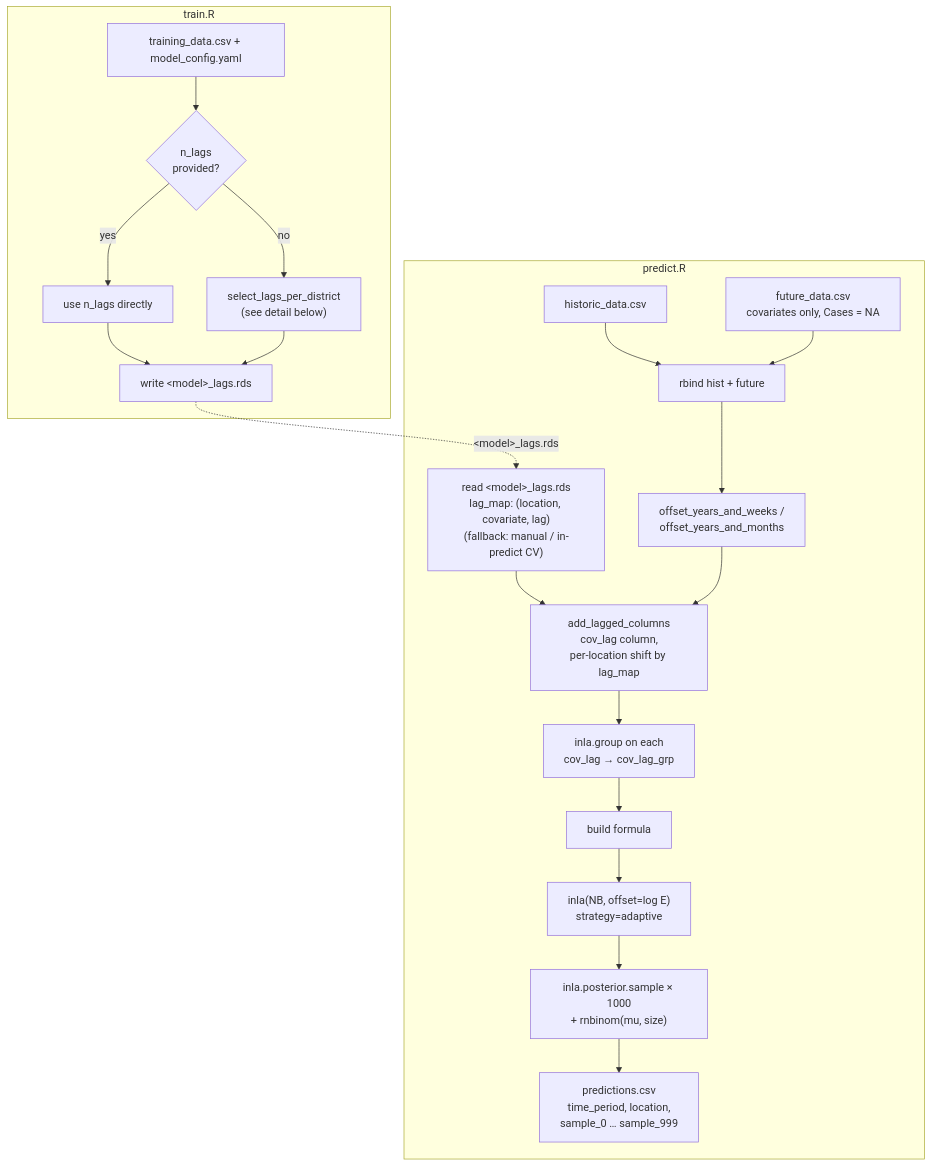
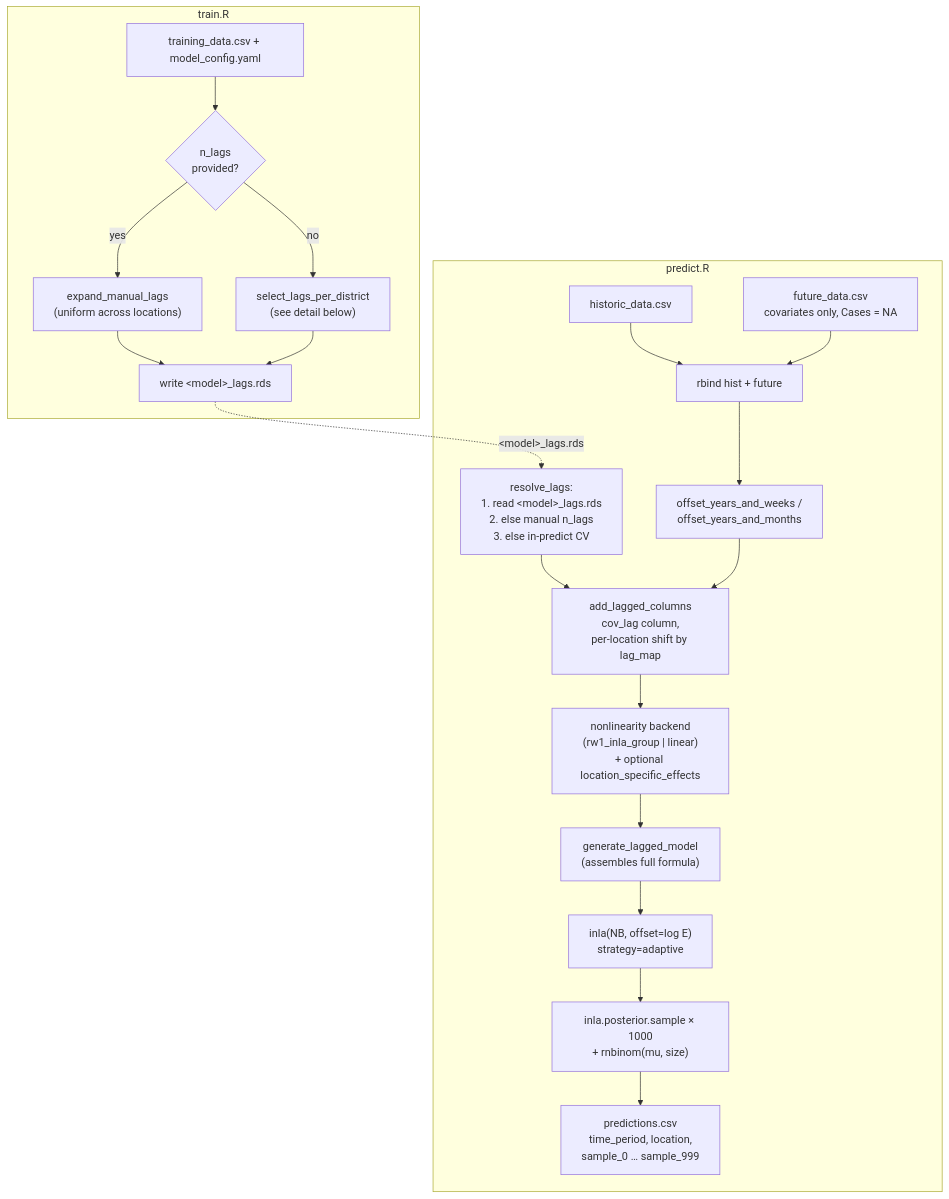
One commit to chap-models/ewars_plus_template changed the first of 2 diagrams in model_pipeline.md. Above: the diagram before and after it, drawn with Mermaid. The commit also changed other lines of this file and 2 other files, not shown here.

First line of the commit message:
docs: align README, MLproject, and model_pipeline.md with current model

````diff
--- a/model_pipeline.md
+++ b/model_pipeline.md
@@ -5,28 +5,28 @@
 ```mermaid
 flowchart TD
     subgraph TRAIN["train.R"]
         T_IN["training_data.csv + model_config.yaml"] --> T_RESOLVE{"n_lags<br/>provided?"}
-        T_RESOLVE -- "yes" --> T_MANUAL["use n_lags directly"]
+        T_RESOLVE -- "yes" --> T_MANUAL["expand_manual_lags<br/>(uniform across locations)"]
         T_RESOLVE -- "no" --> T_CV["select_lags_per_district<br/>(see detail below)"]
         T_MANUAL --> T_WRITE["write &lt;model&gt;_lags.rds"]
         T_CV --> T_WRITE
     end
 
     subgraph PREDICT["predict.R"]
         H["historic_data.csv"] --> RBIND
         F["future_data.csv<br/>covariates only, Cases = NA"] --> RBIND
         RBIND["rbind hist + future"] --> OFFSET["offset_years_and_weeks /<br/>offset_years_and_months"]
 
-        READ["read &lt;model&gt;_lags.rds<br/>lag_map: (location, covariate, lag)<br/>(fallback: manual / in-predict CV)"]
+        READ["resolve_lags:<br/>1. read &lt;model&gt;_lags.rds<br/>2. else manual n_lags<br/>3. else in-predict CV"]
         READ --> BUILD
         OFFSET --> BUILD
 
-        BUILD["add_lagged_columns<br/>cov_lag column,<br/>per-location shift by lag_map"] --> GROUP["inla.group on each<br/>cov_lag → cov_lag_grp"]
-        GROUP --> FORMULA["build formula"]
+        BUILD["add_lagged_columns<br/>cov_lag column,<br/>per-location shift by lag_map"] --> BACKEND["nonlinearity backend<br/>(rw1_inla_group | linear)<br/>+ optional location_specific_effects"]
+        BACKEND --> FORMULA["generate_lagged_model<br/>(assembles full formula)"]
         FORMULA --> INLA["inla(NB, offset=log E)<br/>strategy=adaptive"]
         INLA --> SAMPLE["inla.posterior.sample × 1000<br/>+ rnbinom(mu, size)"]
         SAMPLE --> OUT["predictions.csv<br/>time_period, location,<br/>sample_0 … sample_999"]
     end
 
     T_WRITE -. "&lt;model&gt;_lags.rds" .-> READ
 ```
````
